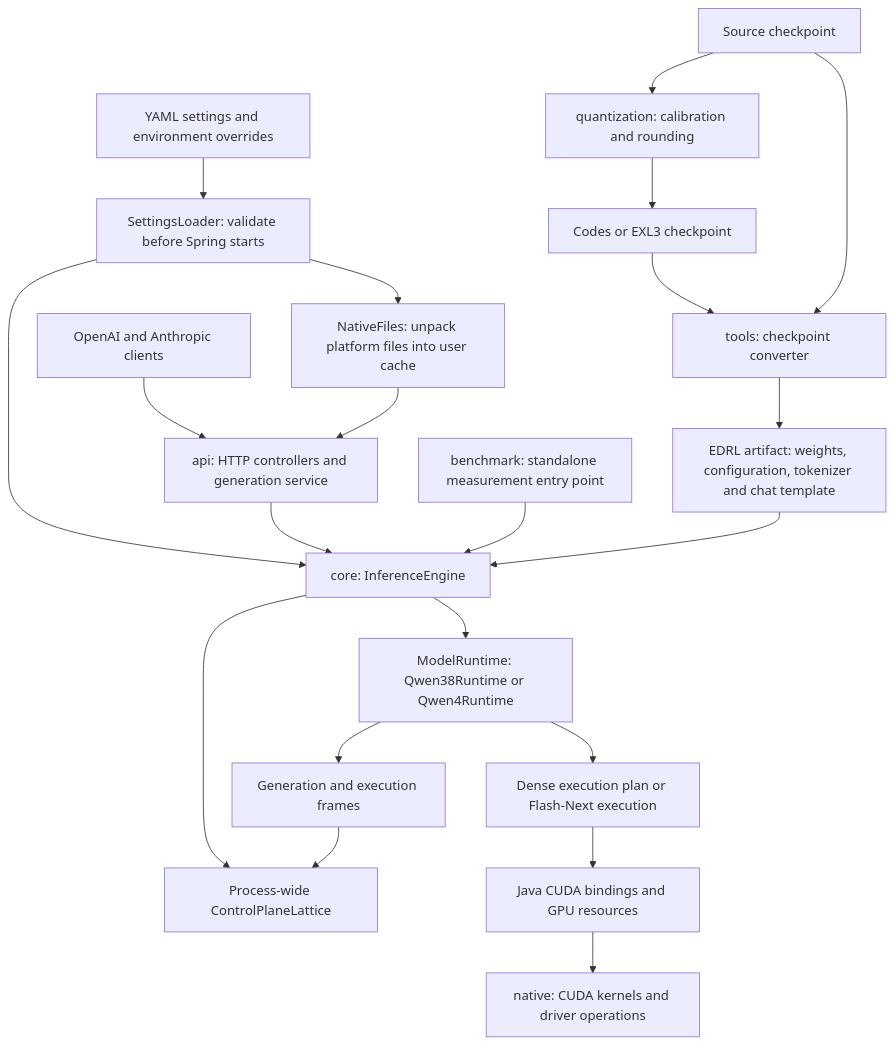
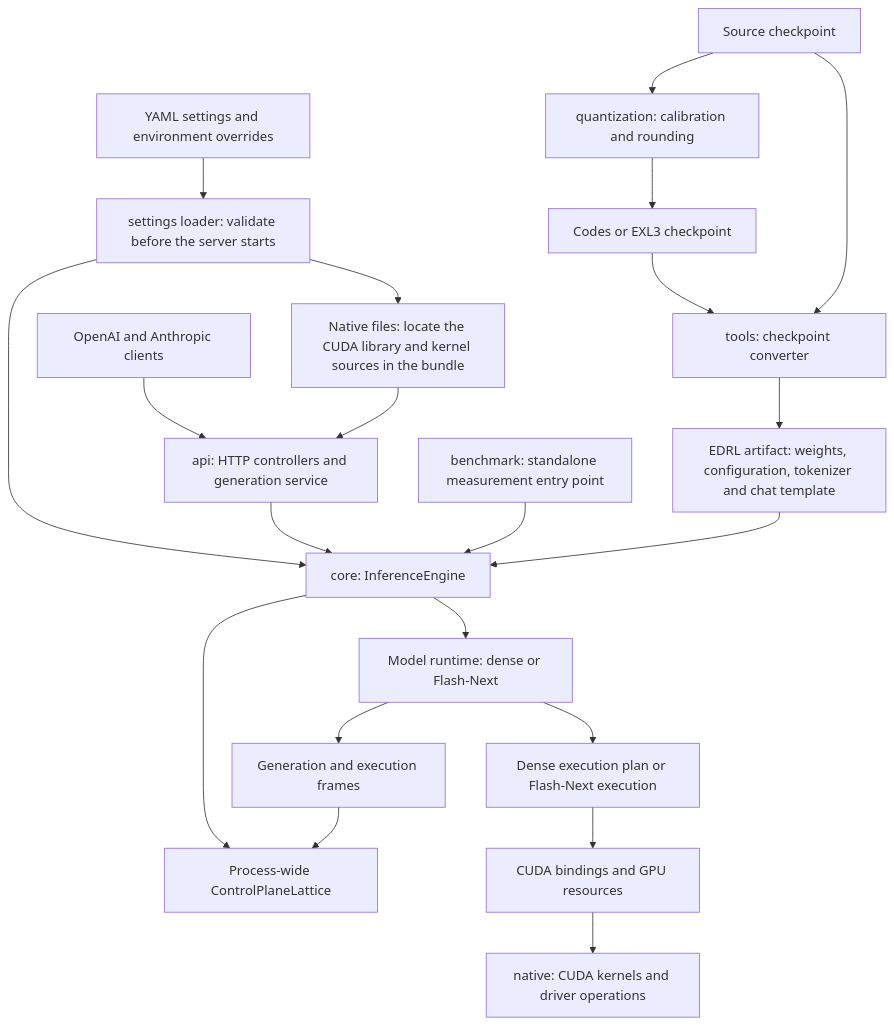
Before and after one commit to Euhedral-Engine/Euhedral: the diagram in docs/architecture/01-system-architecture.md, drawn with Mermaid. The commit also changed other lines of this file and 21 other files, not shown here.

Commit message:
docs: anchor the architecture and subsystem docs on the Rust crates and drop the Java and Gradle references

````diff
--- a/docs/architecture/01-system-architecture.md
+++ b/docs/architecture/01-system-architecture.md
@@ -5,23 +5,23 @@
 ```mermaid
 flowchart TB
     Clients[OpenAI and Anthropic clients] --> API[api: HTTP controllers and generation service]
-    Config[YAML settings and environment overrides] --> Settings[SettingsLoader: validate before Spring starts]
-    Settings --> Unpack[NativeFiles: unpack platform files into user cache]
+    Config[YAML settings and environment overrides] --> Settings[settings loader: validate before the server starts]
+    Settings --> Unpack[Native files: locate the CUDA library and kernel sources in the bundle]
     Unpack --> API
     Settings --> Engine
     API --> Engine[core: InferenceEngine]
     Bench[benchmark: standalone measurement entry point] --> Engine
-    Engine --> Runtime[ModelRuntime: Qwen38Runtime or Qwen4Runtime]
+    Engine --> Runtime[Model runtime: dense or Flash-Next]
     Engine --> Lattice[Process-wide ControlPlaneLattice]
     Runtime --> Frames[Generation and execution frames]
     Frames --> Lattice
     Runtime --> Plan[Dense execution plan or Flash-Next execution]
-    Plan --> GPU[Java CUDA bindings and GPU resources]
+    Plan --> GPU[CUDA bindings and GPU resources]
     GPU --> Native[native: CUDA kernels and driver operations]
     Artifacts[EDRL artifact: weights, configuration, tokenizer and chat template] --> Engine
     Quant[quantization: calibration and rounding] --> Codes[Codes or EXL3 checkpoint]
     Codes --> Converter[tools: checkpoint converter]
     Checkpoint[Source checkpoint] --> Quant
     Checkpoint --> Converter
     Converter --> Artifacts
 ```
````
